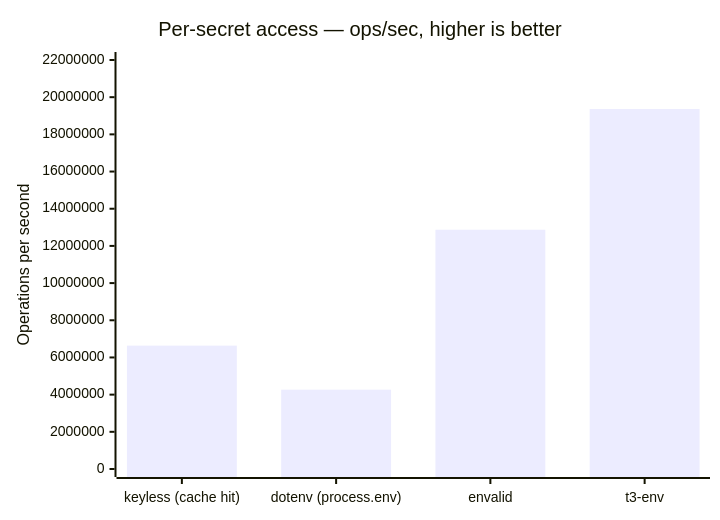
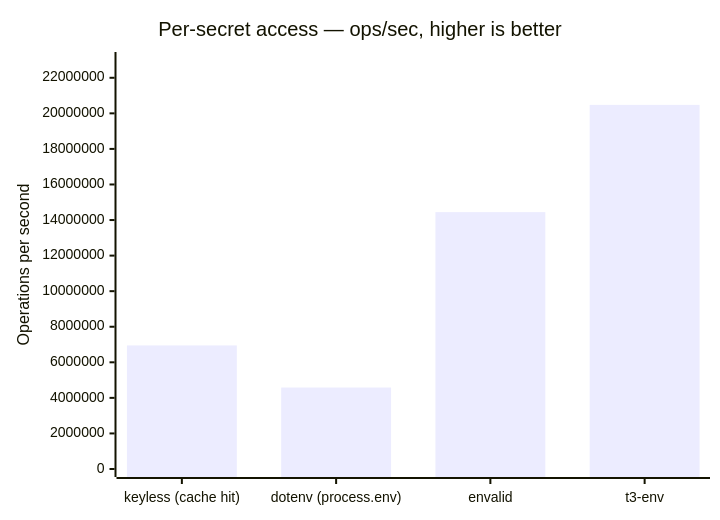
Before and after one commit to shamis6ali/keyless: the first of 2 diagrams in BENCHMARKS.md, drawn with Mermaid. The commit also changed other lines of this file and 2 other files, not shown here.

````diff
--- a/BENCHMARKS.md
+++ b/BENCHMARKS.md
@@ -22,7 +22,7 @@
 ```mermaid
 xychart-beta
     title "Per-secret access — ops/sec, higher is better"
     x-axis ["keyless (cache hit)", "dotenv (process.env)", "envalid", "t3-env"]
-    y-axis "Operations per second" 0 --> 22000000
-    bar [6637031, 4266585, 12869453, 19365579]
+    y-axis "Operations per second" 0 --> 23000000
+    bar [6947800, 4580657, 14445680, 20475004]
 ```
````
